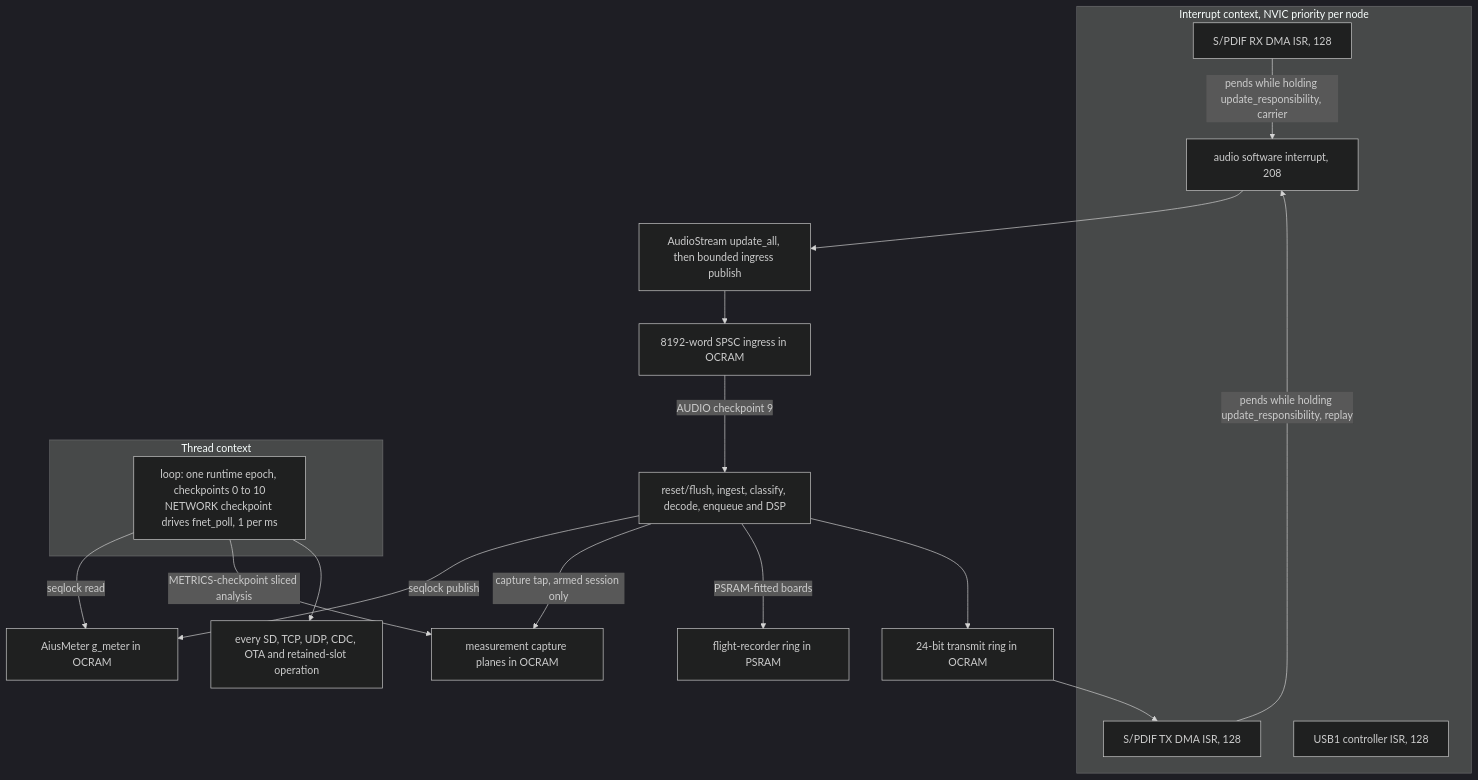
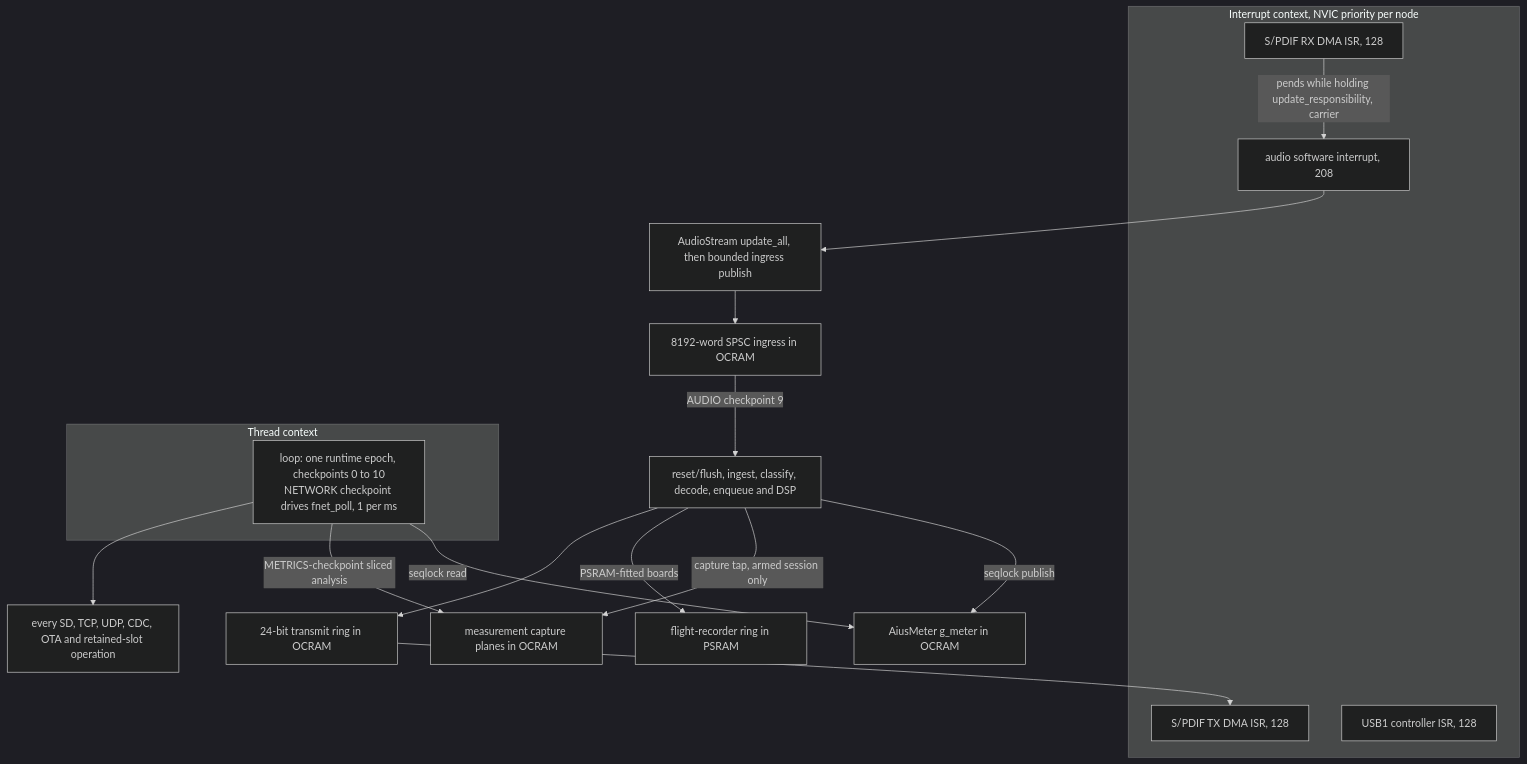
The diagram in docs/reference/firmware-io.md (d3aek/aius), drawn with Mermaid (dark theme) before and after one commit. The commit also changed other lines of this file and 136 other files, not shown here.

````diff
--- a/docs/reference/firmware-io.md
+++ b/docs/reference/firmware-io.md
@@ -96,25 +96,24 @@
 ```mermaid
 flowchart TB
   subgraph interrupt["Interrupt context, NVIC priority per node"]
     rx["S/PDIF RX DMA ISR, 128"]
     tx["S/PDIF TX DMA ISR, 128"]
     sw["audio software interrupt, 208"]
     usb["USB1 controller ISR, 128"]
   end
   subgraph thread["Thread context"]
     epoch["loop: one runtime epoch, checkpoints 0 to 10<br/>NETWORK checkpoint drives fnet_poll, 1 per ms"]
   end
   rx -->|pends while holding update_responsibility, carrier| sw
-  tx -->|pends while holding update_responsibility, replay| sw
   sw --> publish["AudioStream update_all, then bounded ingress publish"]
   publish --> ingress["8192-word SPSC ingress in OCRAM"]
   ingress -->|AUDIO checkpoint 9| chain["reset/flush, ingest, classify, decode, enqueue and DSP"]
   chain -->|seqlock publish| meter["AiusMeter g_meter in OCRAM"]
   chain -->|capture tap, armed session only| cap["measurement capture planes in OCRAM"]
   chain -->|PSRAM-fitted boards| rec["flight-recorder ring in PSRAM"]
   chain --> txring["24-bit transmit ring in OCRAM"]
   txring --> tx
   epoch -->|seqlock read| meter
   epoch -->|METRICS-checkpoint sliced analysis| cap
   epoch --> io["every SD, TCP, UDP, CDC, OTA and retained-slot operation"]
 ```
````
